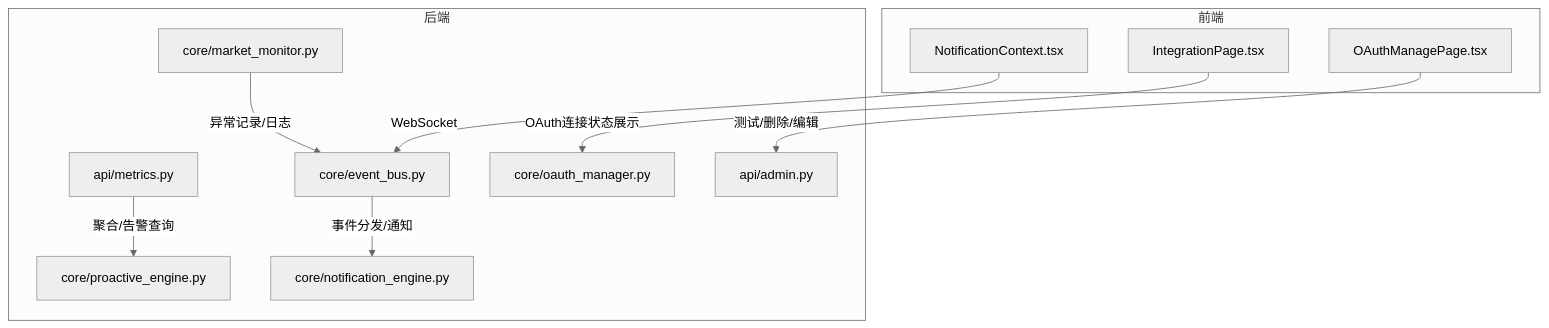
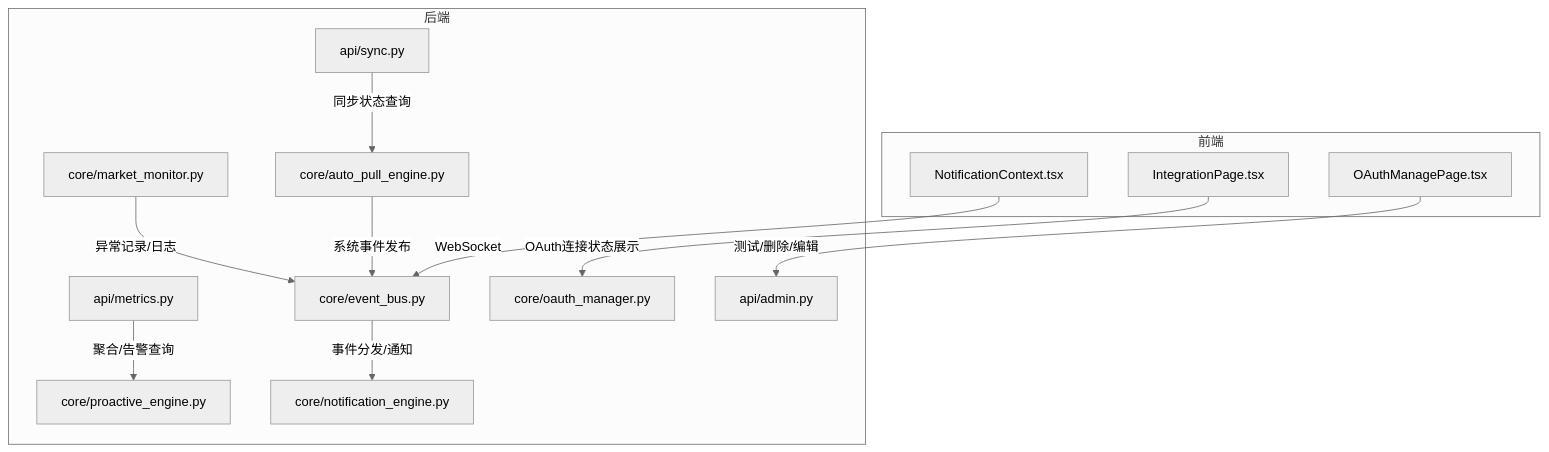
Before and after one commit to angledick/-: the first of 8 diagrams in .qoder/repowiki/zh/content/监控与运维/错误追踪与调试.md, drawn with Mermaid (neutral theme). The commit also changed other lines of this file and 770 other files, not shown here.

````diff
--- a/.qoder/repowiki/zh/content/监控与运维/错误追踪与调试.md
+++ b/.qoder/repowiki/zh/content/监控与运维/错误追踪与调试.md
@@ -37,23 +48,27 @@
 ```mermaid
 graph TB
 subgraph "前端"
 FE_Notify["NotificationContext.tsx"]
 FE_Integration["IntegrationPage.tsx"]
 FE_OAuthManage["OAuthManagePage.tsx"]
 end
 subgraph "后端"
 BE_API_Metrics["api/metrics.py"]
+BE_API_Sync["api/sync.py"]
 BE_Core_EventBus["core/event_bus.py"]
 BE_Core_Notification["core/notification_engine.py"]
 BE_Core_Proactive["core/proactive_engine.py"]
 BE_Core_MarketMonitor["core/market_monitor.py"]
 BE_Core_OAuth["core/oauth_manager.py"]
+BE_Core_AutoPull["core/auto_pull_engine.py"]
 BE_API_Admin["api/admin.py"]
 end
 FE_Notify --> |"WebSocket"| BE_Core_EventBus
 FE_Integration --> |"OAuth连接状态展示"| BE_Core_OAuth
 FE_OAuthManage --> |"测试/删除/编辑"| BE_API_Admin
 BE_API_Metrics --> |"聚合/告警查询"| BE_Core_Proactive
+BE_API_Sync --> |"同步状态查询"| BE_Core_AutoPull
 BE_Core_EventBus --> |"事件分发/通知"| BE_Core_Notification
 BE_Core_MarketMonitor --> |"异常记录/日志"| BE_Core_EventBus
+BE_Core_AutoPull --> |"系统事件发布"| BE_Core_EventBus
 ```
````
